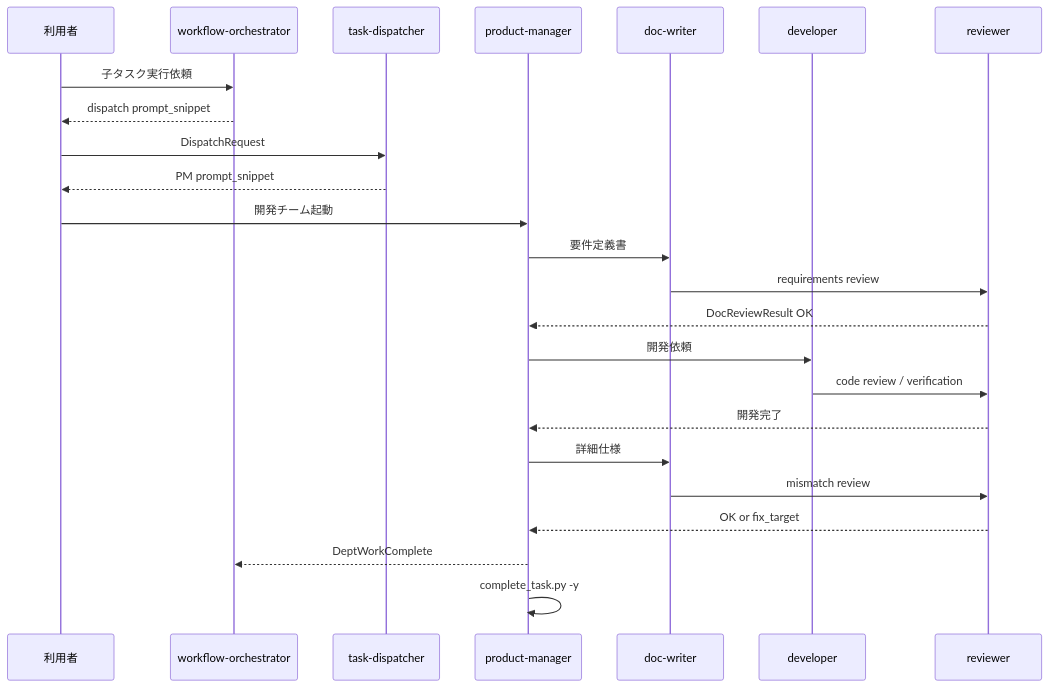
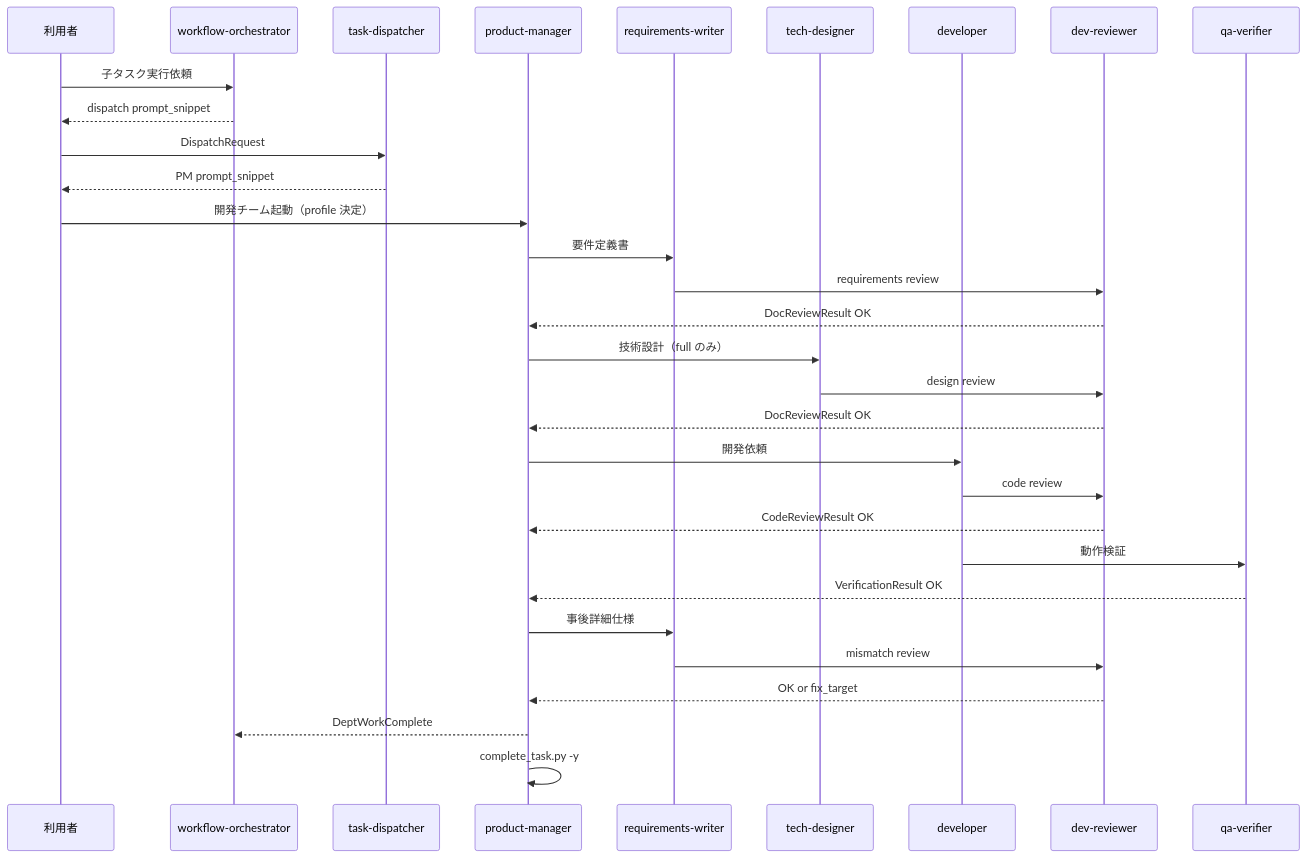
Before and after one commit to shin16m/org-operations-agents: the third of 3 diagrams in output/development/specs/agent-composition-spec.md, drawn with Mermaid. The commit also changed other lines of this file and 41 other files, not shown here.

First line of the commit message:
Add UX team delivery and development full-ui profile for web apps.

````diff
--- a/output/development/specs/agent-composition-spec.md
+++ b/output/development/specs/agent-composition-spec.md
@@ -322,27 +339,34 @@
 ```mermaid
 sequenceDiagram
   participant U as 利用者
   participant O as workflow-orchestrator
   participant D as task-dispatcher
   participant PM as product-manager
-  participant DW as doc-writer
+  participant RW as requirements-writer
+  participant TD as tech-designer
   participant DV as developer
-  participant RV as reviewer
+  participant DR as dev-reviewer
+  participant QA as qa-verifier
 
   U->>O: 子タスク実行依頼
   O-->>U: dispatch prompt_snippet
   U->>D: DispatchRequest
   D-->>U: PM prompt_snippet
-  U->>PM: 開発チーム起動
-  PM->>DW: 要件定義書
-  DW->>RV: requirements review
-  RV-->>PM: DocReviewResult OK
+  U->>PM: 開発チーム起動（profile 決定）
+  PM->>RW: 要件定義書
+  RW->>DR: requirements review
+  DR-->>PM: DocReviewResult OK
+  PM->>TD: 技術設計（full のみ）
+  TD->>DR: design review
+  DR-->>PM: DocReviewResult OK
   PM->>DV: 開発依頼
-  DV->>RV: code review / verification
-  RV-->>PM: 開発完了
-  PM->>DW: 詳細仕様
-  DW->>RV: mismatch review
-  RV-->>PM: OK or fix_target
+  DV->>DR: code review
+  DR-->>PM: CodeReviewResult OK
+  DV->>QA: 動作検証
+  QA-->>PM: VerificationResult OK
+  PM->>RW: 事後詳細仕様
+  RW->>DR: mismatch review
+  DR-->>PM: OK or fix_target
   PM-->>O: DeptWorkComplete
   PM->>PM: complete_task.py -y
 ```
````
